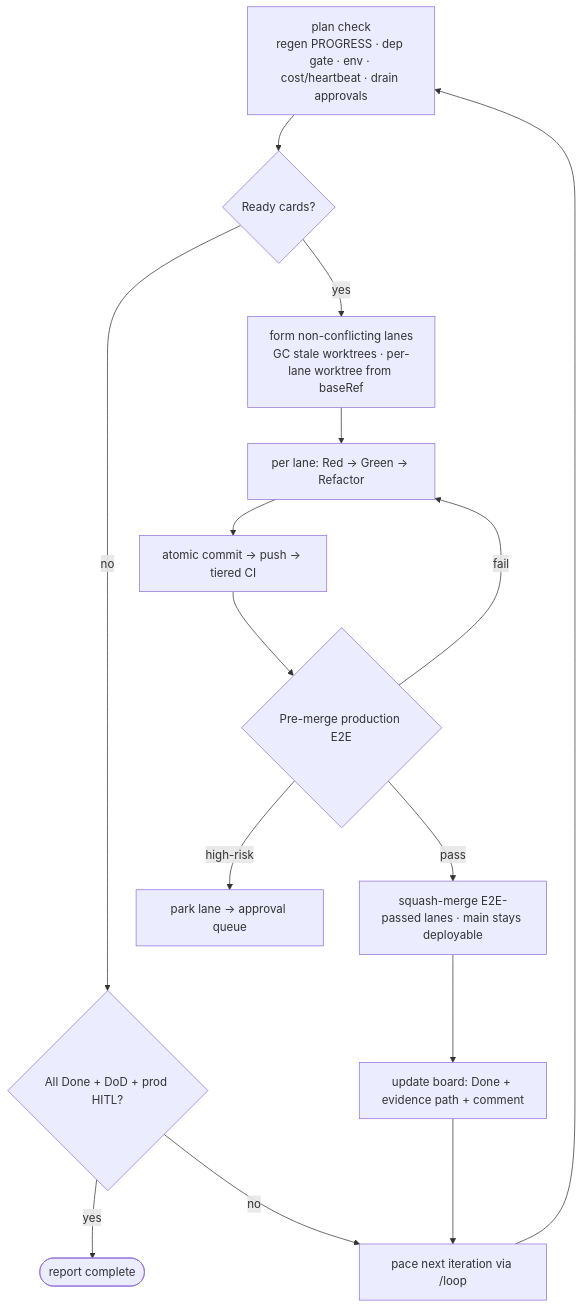
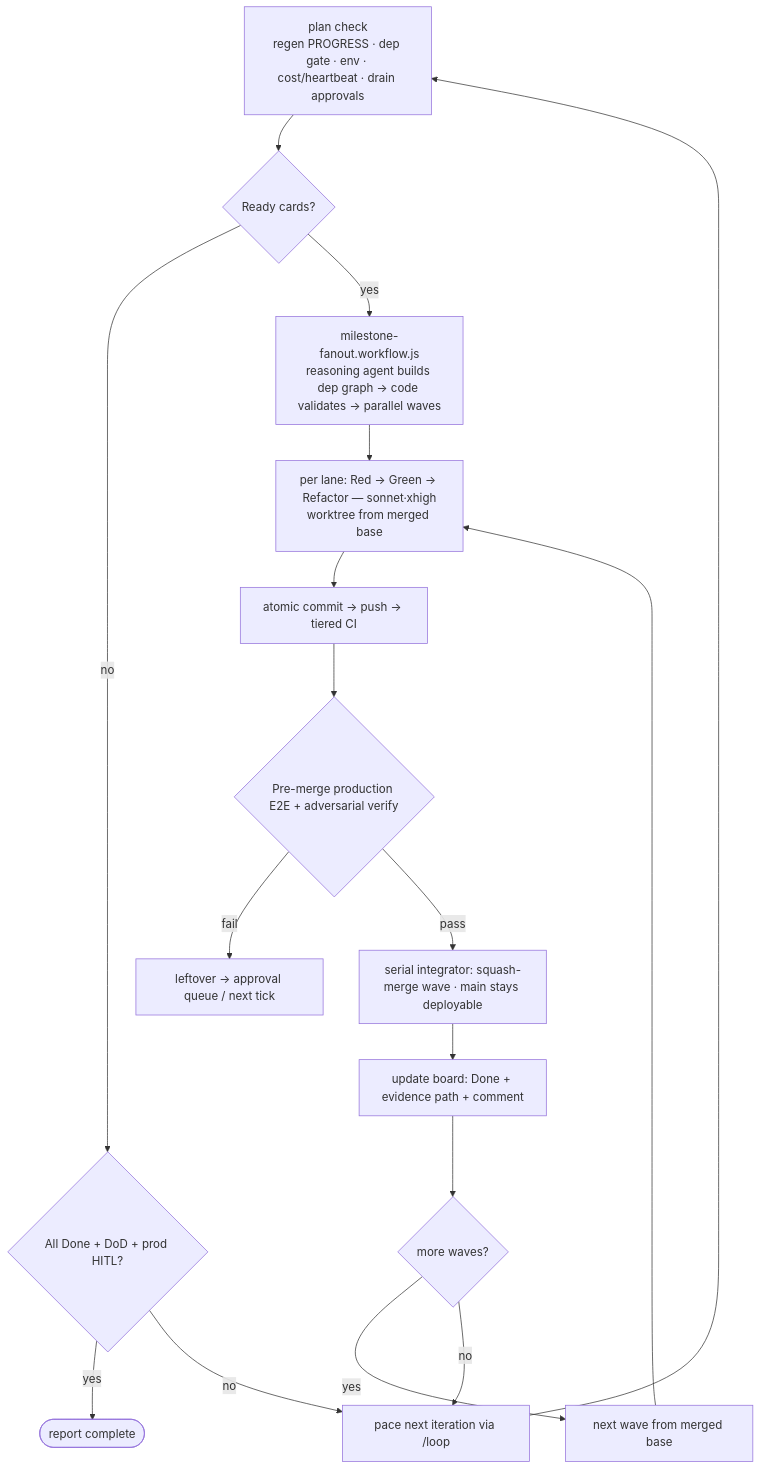
The third of 4 diagrams in README.md (kimimgo/ultraloop), drawn with Mermaid before and after one commit. The commit also changed other lines of this file and 46 other files, not shown here.

````diff
--- a/README.md
+++ b/README.md
@@ -136,16 +161,17 @@
 ```mermaid
 flowchart TD
     A[plan check<br/>regen PROGRESS · dep gate · env · cost/heartbeat · drain approvals] --> B{Ready cards?}
     B -- no --> Z{All Done + DoD + prod HITL?}
     Z -- yes --> DONE([report complete])
     Z -- no --> PACE[pace next iteration via /loop] --> A
-    B -- yes --> C[form non-conflicting lanes<br/>GC stale worktrees · per-lane worktree from baseRef]
-    C --> D[per lane: Red → Green → Refactor]
+    B -- yes --> C[milestone-fanout.workflow.js<br/>reasoning agent builds dep graph → code validates → parallel waves]
+    C --> D[per lane: Red → Green → Refactor — sonnet·xhigh<br/>worktree from merged base]
     D --> E[atomic commit → push → tiered CI]
-    E --> F{Pre-merge production E2E}
-    F -- fail --> D
-    F -- high-risk --> PARK[park lane → approval queue]
-    F -- pass --> G[squash-merge E2E-passed lanes · main stays deployable]
+    E --> F{Pre-merge production E2E + adversarial verify}
+    F -- fail --> LEFT[leftover → approval queue / next tick]
+    F -- pass --> G[serial integrator: squash-merge wave · main stays deployable]
     G --> H[update board: Done + evidence path + comment]
-    H --> PACE
+    H --> W{more waves?}
+    W -- yes --> C2[next wave from merged base] --> D
+    W -- no --> PACE
 ```
````
